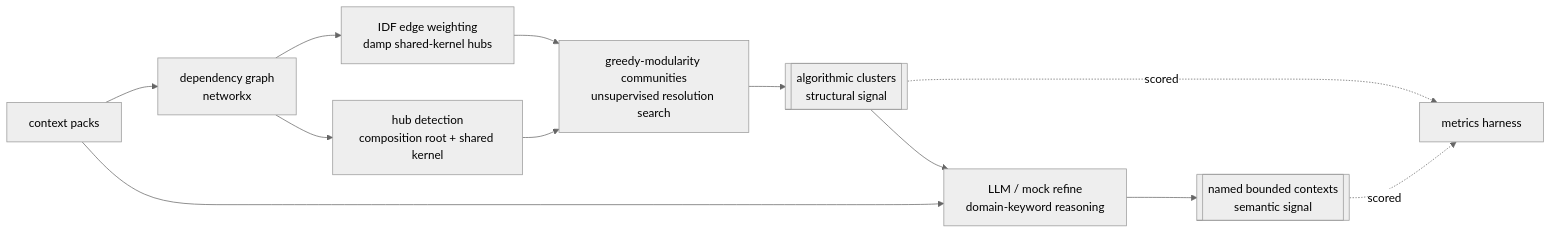
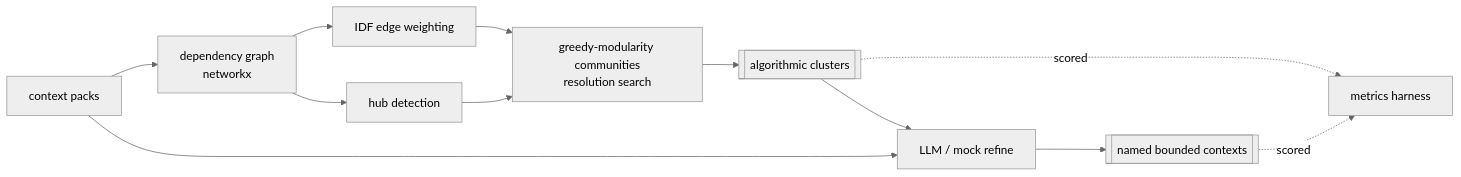
The third of 4 diagrams in README.md (vivek-kumar9/mono2micro), drawn with Mermaid (neutral theme) before and after one commit. The commit also changed other lines of this file and 1 other file, not shown here.

````diff
--- a/README.md
+++ b/README.md
@@ -111,14 +137,14 @@
 ```mermaid
 flowchart LR
     P[context packs] --> G[dependency graph<br/>networkx]
-    G --> IDF[IDF edge weighting<br/>damp shared-kernel hubs]
-    G --> HUB[hub detection<br/>composition root + shared kernel]
-    IDF --> CD[greedy-modularity communities<br/>unsupervised resolution search]
+    G --> IDF[IDF edge weighting]
+    G --> HUB[hub detection]
+    IDF --> CD[greedy-modularity communities<br/>resolution search]
     HUB --> CD
-    CD --> ALGO[[algorithmic clusters<br/>structural signal]]
-    ALGO --> REF[LLM / mock refine<br/>domain-keyword reasoning]
+    CD --> ALGO[[algorithmic clusters]]
+    ALGO --> REF[LLM / mock refine]
     P --> REF
-    REF --> SVC[[named bounded contexts<br/>semantic signal]]
+    REF --> SVC[[named bounded contexts]]
     ALGO -. scored .-> EVAL[metrics harness]
     SVC -. scored .-> EVAL
 ```
````
